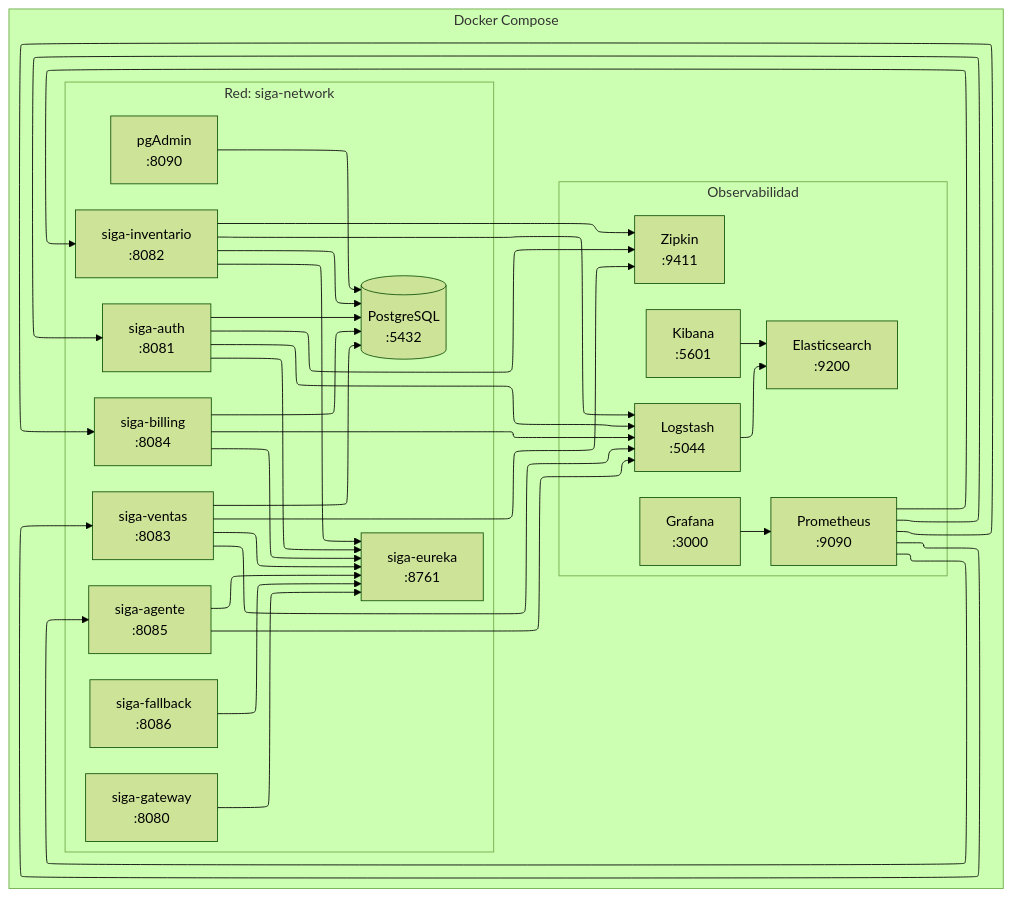
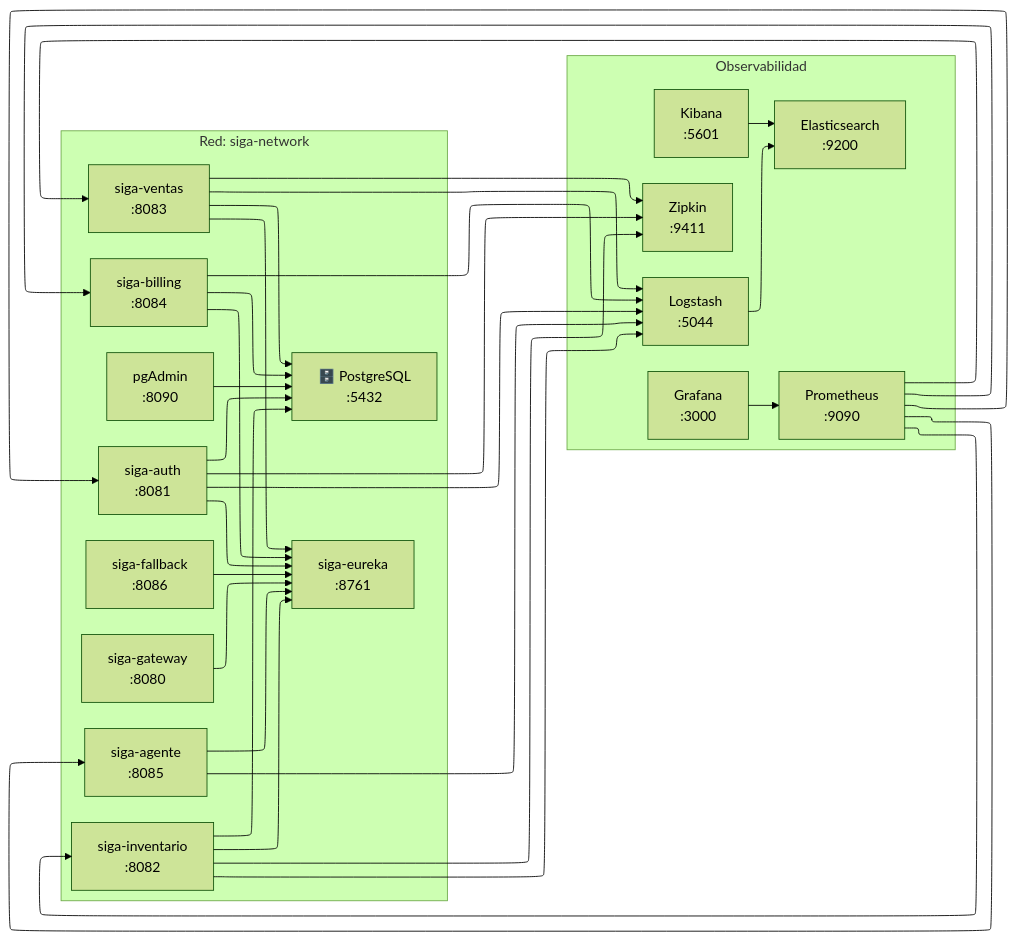
The fifth of 7 diagrams in openspec/changes/migracion-microservicios/architecture-diagrams.md (HecAguilaV/SIGA), drawn with Mermaid (forest theme) before and after one commit.

Commit message:
docs: fix syntax error in Docker compose mermaid graph causing ELK to crash

````diff
--- a/openspec/changes/migracion-microservicios/architecture-diagrams.md
+++ b/openspec/changes/migracion-microservicios/architecture-diagrams.md
@@ -186,62 +186,60 @@
 ```mermaid
 %%{init: {"flowchart": {"defaultRenderer": "elk"}}}%%
 flowchart LR
-    subgraph Docker["Docker Compose"]
-        subgraph Red["Red: siga-network"]
-            EU["siga-eureka<br/>:8761"]
-            GW["siga-gateway<br/>:8080"]
+    subgraph Red["Red: siga-network"]
+        EU["siga-eureka<br/>:8761"]
+        GW["siga-gateway<br/>:8080"]
 
-            AU["siga-auth<br/>:8081"]
-            IN["siga-inventario<br/>:8082"]
-            VE["siga-ventas<br/>:8083"]
-            BI["siga-billing<br/>:8084"]
-            AG["siga-agente<br/>:8085"]
-            FB["siga-fallback<br/>:8086"]
+        AU["siga-auth<br/>:8081"]
+        IN["siga-inventario<br/>:8082"]
+        VE["siga-ventas<br/>:8083"]
+        BI["siga-billing<br/>:8084"]
+        AG["siga-agente<br/>:8085"]
+        FB["siga-fallback<br/>:8086"]
 
-            DB[("PostgreSQL<br/>:5432")]
-            PA["pgAdmin<br/>:8090"]
-        end
+        DB["🗄️ PostgreSQL<br/>:5432"]
+        PA["pgAdmin<br/>:8090"]
+    end
 
-        subgraph Observabilidad["Observabilidad"]
-            PR["Prometheus<br/>:9090"]
-            GR["Grafana<br/>:3000"]
-            ES["Elasticsearch<br/>:9200"]
-            LS["Logstash<br/>:5044"]
-            KI["Kibana<br/>:5601"]
-            ZI["Zipkin<br/>:9411"]
-        end
+    subgraph Observabilidad["Observabilidad"]
+        PR["Prometheus<br/>:9090"]
+        GR["Grafana<br/>:3000"]
+        ES["Elasticsearch<br/>:9200"]
+        LS["Logstash<br/>:5044"]
+        KI["Kibana<br/>:5601"]
+        ZI["Zipkin<br/>:9411"]
     end
 
     GW --> EU
     AU --> EU
     IN --> EU
     VE --> EU
     BI --> EU
     AG --> EU
     FB --> EU
 
     AU --> DB
     IN --> DB
     VE --> DB
     BI --> DB
     PA --> DB
 
     PR --> AU
     PR --> IN
     PR --> VE
     PR --> BI
     PR --> AG
     GR --> PR
 
     AU --> LS
     IN --> LS
     VE --> LS
     BI --> LS
     AG --> LS
     LS --> ES
     KI --> ES
 
     AU --> ZI
     IN --> ZI
     VE --> ZI
 ```
````
